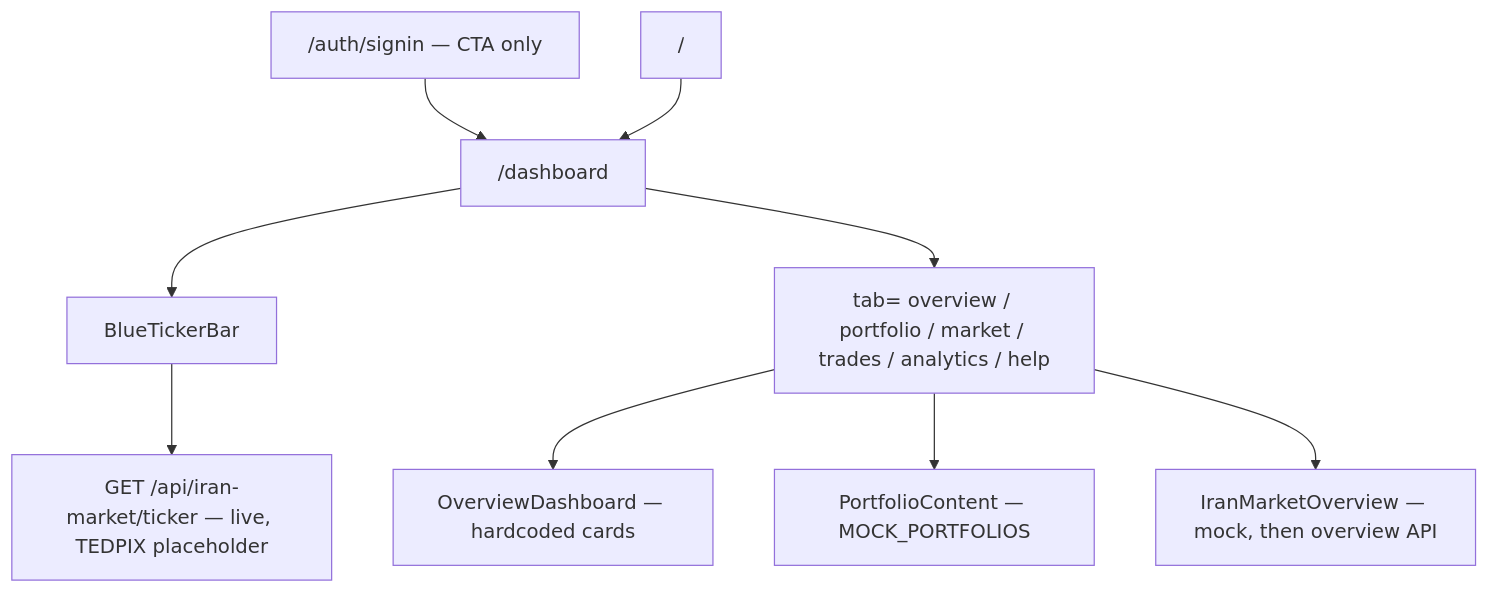
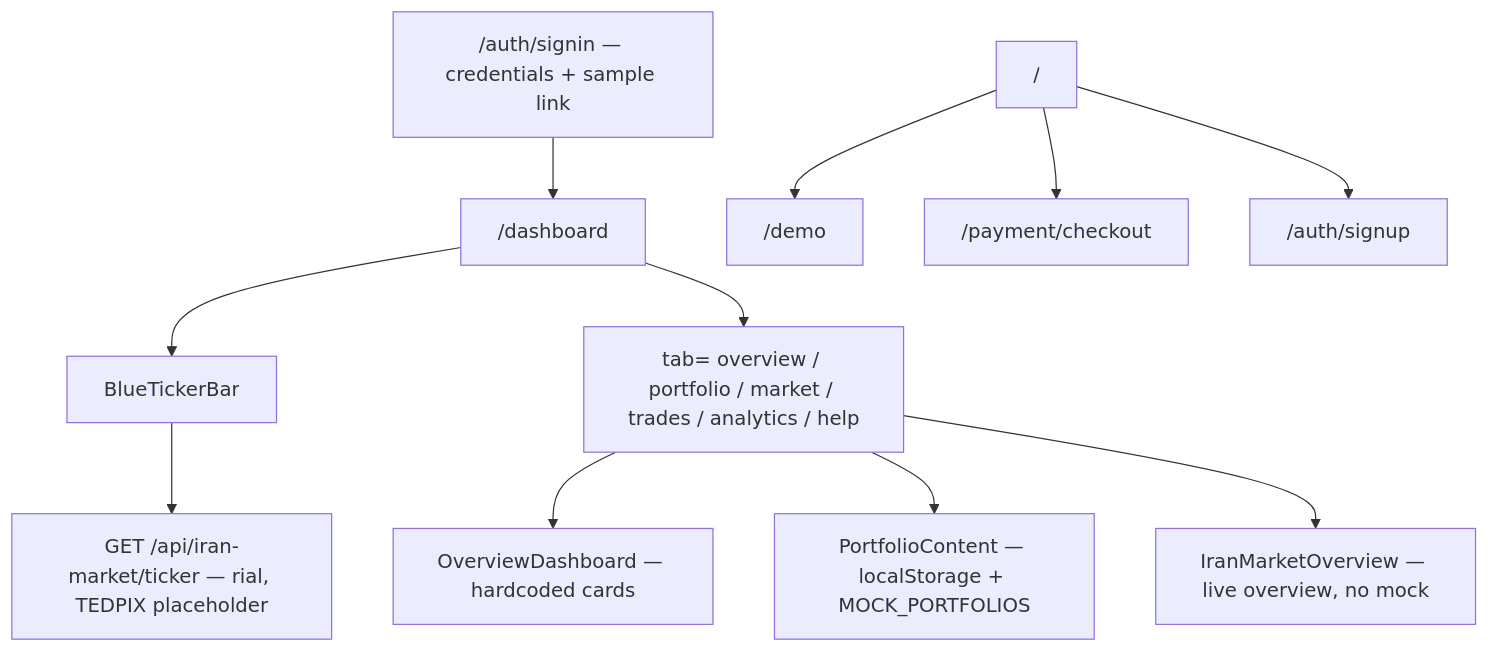
Before and after one commit to massoudsh/Findash: the fifth of 5 diagrams in docs/APP_FLOW.md, drawn with Mermaid. The commit also changed other lines of this file and 22 other files, not shown here.

First line of the commit message:
docs: Iran-market rial contract and restored account flows

````diff
--- a/docs/APP_FLOW.md
+++ b/docs/APP_FLOW.md
@@ -127,11 +127,13 @@
 ```mermaid
 flowchart TB
-    SignIn["/auth/signin — CTA only"] --> Dash["/dashboard"]
-    Landing["/"] --> Dash
+    SignIn["/auth/signin — credentials + sample link"] --> Dash["/dashboard"]
+    Landing["/"] --> Demo["/demo"]
+    Landing --> Checkout["/payment/checkout"]
+    Landing --> Signup["/auth/signup"]
     Dash --> Ticker[BlueTickerBar]
-    Ticker --> LiveAPI["GET /api/iran-market/ticker — live, TEDPIX placeholder"]
+    Ticker --> LiveAPI["GET /api/iran-market/ticker — rial, TEDPIX placeholder"]
     Dash --> Tabs[tab= overview / portfolio / market / trades / analytics / help]
     Tabs --> Overview[OverviewDashboard — hardcoded cards]
-    Tabs --> Port[PortfolioContent — MOCK_PORTFOLIOS]
-    Tabs --> Mkt[IranMarketOverview — mock, then overview API]
+    Tabs --> Port[PortfolioContent — localStorage + MOCK_PORTFOLIOS]
+    Tabs --> Mkt[IranMarketOverview — live overview, no mock]
 ```
````
